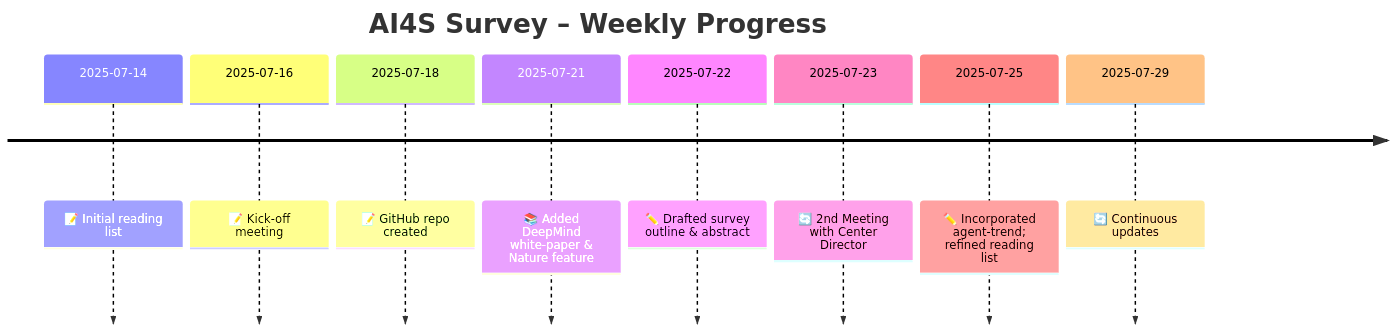
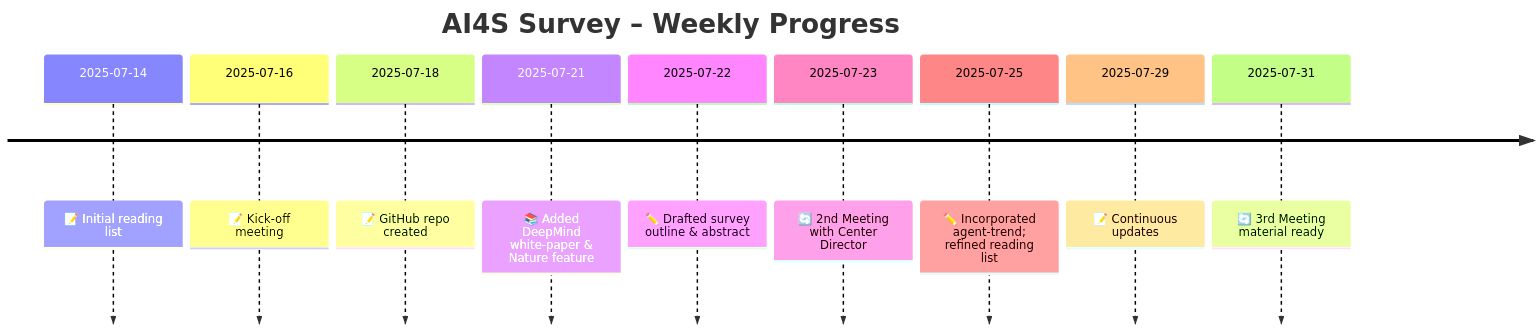
Before and after one commit to MI-Hussain/AI4Science: the diagram in README.md, drawn with Mermaid.

````diff
--- a/README.md
+++ b/README.md
@@ -187,12 +187,13 @@
 ```mermaid
 timeline
     title AI4S Survey – Weekly Progress
     2025-07-14 : 📝 Initial reading list
     2025-07-16 : 📝 Kick‑off meeting
     2025-07-18 : 📝 GitHub repo created
     2025-07-21 : 📚 Added DeepMind white‑paper & Nature feature
     2025-07-22 : ✏️ Drafted survey outline & abstract
     2025-07-23 : 🔄 2nd Meeting with Center Director
     2025-07-25 : ✏️ Incorporated agent‑trend; refined reading list
-    2025-07-29 : 🔄 Continuous updates
+    2025-07-29 : 📝 Continuous updates
+    2025-07-31 : 🔄 3rd Meeting material ready
 ```
````
